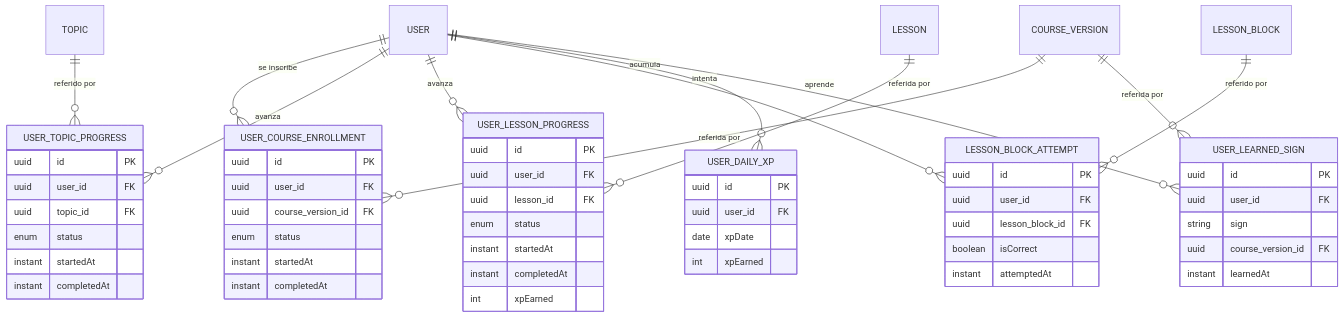
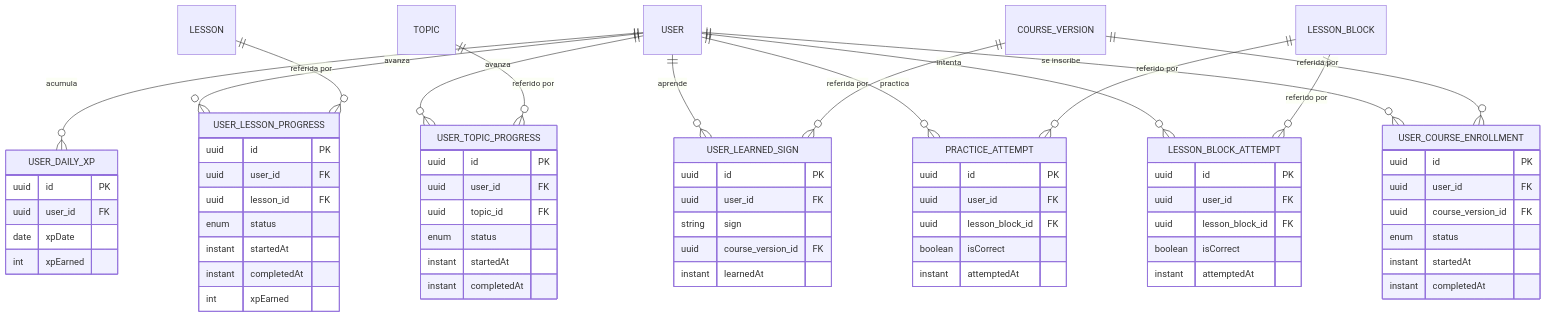
Before and after one commit to signasource/signa-api: the fourth of 6 diagrams in docs/diagrams/er.md, drawn with Mermaid. The commit also changed other lines of this file and 14 other files, not shown here.

````diff
--- a/docs/diagrams/er.md
+++ b/docs/diagrams/er.md
@@ -172,60 +179,69 @@
 ```mermaid
 erDiagram
     USER ||--o{ USER_COURSE_ENROLLMENT : "se inscribe"
     USER ||--o{ USER_TOPIC_PROGRESS : "avanza"
     USER ||--o{ USER_LESSON_PROGRESS : "avanza"
     USER ||--o{ LESSON_BLOCK_ATTEMPT : "intenta"
+    USER ||--o{ PRACTICE_ATTEMPT : "practica"
     USER ||--o{ USER_DAILY_XP : "acumula"
     USER ||--o{ USER_LEARNED_SIGN : "aprende"
     COURSE_VERSION ||--o{ USER_COURSE_ENROLLMENT : "referida por"
     COURSE_VERSION ||--o{ USER_LEARNED_SIGN : "referida por"
     TOPIC ||--o{ USER_TOPIC_PROGRESS : "referido por"
     LESSON ||--o{ USER_LESSON_PROGRESS : "referida por"
     LESSON_BLOCK ||--o{ LESSON_BLOCK_ATTEMPT : "referido por"
+    LESSON_BLOCK ||--o{ PRACTICE_ATTEMPT : "referido por"
 
     USER_COURSE_ENROLLMENT {
         uuid id PK
         uuid user_id FK
         uuid course_version_id FK
         enum status
         instant startedAt
         instant completedAt
     }
     USER_TOPIC_PROGRESS {
         uuid id PK
         uuid user_id FK
         uuid topic_id FK
         enum status
         instant startedAt
         instant completedAt
     }
     USER_LESSON_PROGRESS {
         uuid id PK
         uuid user_id FK
         uuid lesson_id FK
         enum status
         instant startedAt
         instant completedAt
         int xpEarned
     }
     LESSON_BLOCK_ATTEMPT {
         uuid id PK
         uuid user_id FK
         uuid lesson_block_id FK
         boolean isCorrect
         instant attemptedAt
     }
+    PRACTICE_ATTEMPT {
+        uuid id PK
+        uuid user_id FK
+        uuid lesson_block_id FK
+        boolean isCorrect
+        instant attemptedAt
+    }
     USER_DAILY_XP {
         uuid id PK
         uuid user_id FK
         date xpDate
         int xpEarned
     }
     USER_LEARNED_SIGN {
         uuid id PK
         uuid user_id FK
         string sign
         uuid course_version_id FK
         instant learnedAt
     }
 ```
````
